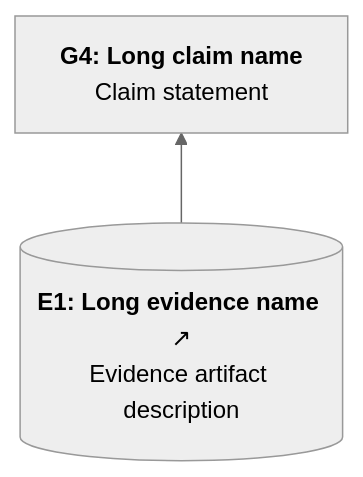
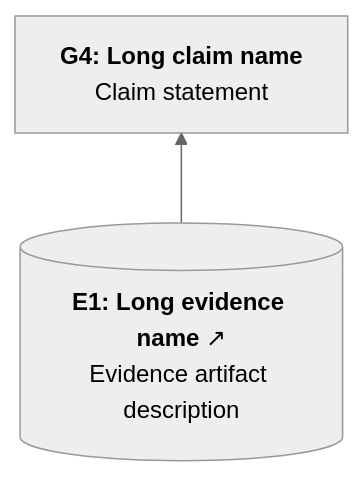
Diagram 13 of 17 in docs/sacm-mermaid.md (coreinfrastructure/best-practices-badge), drawn with Mermaid before and after one commit. The commit also changed other lines of this file, not shown here.

Commit message:
Try using HTML entity nbsp in label

````diff
--- a/docs/sacm-mermaid.md
+++ b/docs/sacm-mermaid.md
@@ -1107,17 +1107,17 @@
 ```mermaid
 ---
 config:
   theme: neutral
   flowchart:
     curve: linear
     htmlLabels: true
     rankSpacing: 60
     nodeSpacing: 45
     padding: 15
 ---
 flowchart BT
-    E1[("<b>E1: Long evidence name</b> ↗<br>Evidence artifact description")]
+    E1[("<b>E1: Long evidence name</b>&nbsp;↗<br>Evidence artifact description")]
     G4["<b>G4: Long claim name</b><br>Claim statement"]
 
     E1 --> G4
 ```
````
